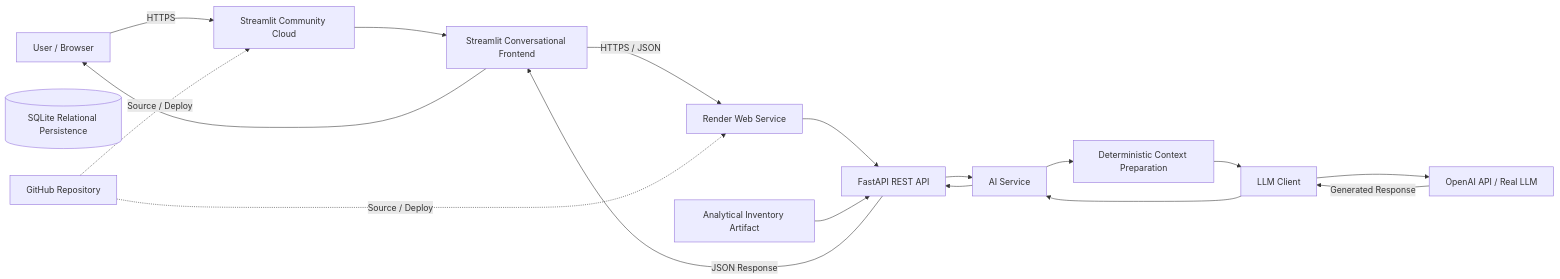
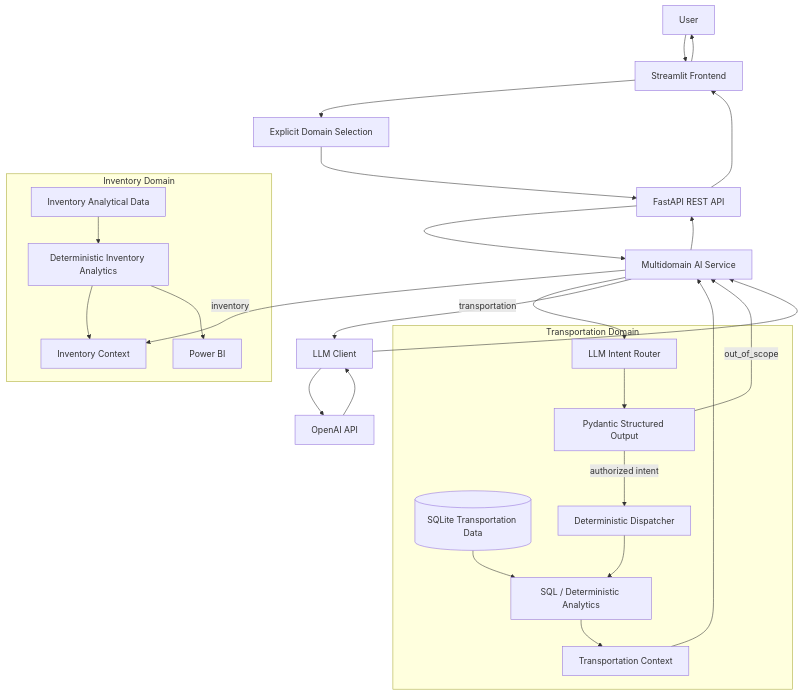
One commit to RodsSoares/ai-supply-chain-copilot changed the diagram in README.md. Above: the diagram before and after it, drawn with Mermaid. The commit also changed other lines of this file, not shown here.

````diff
--- a/README.md
+++ b/README.md
@@ -233,42 +189,54 @@
-```mermaid
-flowchart LR
-    U[User / Browser]
+``` mermaid
+flowchart TD
+    USER[User]
+    FE[Streamlit Frontend]
+    DOMAIN[Explicit Domain Selection]
+    API[FastAPI REST API]
+    SERVICE[Multidomain AI Service]
 
-    SC[Streamlit Community Cloud]
-    FE[Streamlit Conversational Frontend]
+    subgraph INVENTORY[Inventory Domain]
+        INVDATA[Inventory Analytical Data]
+        INVAN[Deterministic Inventory Analytics]
+        INVCTX[Inventory Context]
+        BI[Power BI]
+        INVDATA --> INVAN
+        INVAN --> INVCTX
+        INVAN --> BI
+    end
 
-    R[Render Web Service]
-    API[FastAPI REST API]
+    subgraph TRANSPORTATION[Transportation Domain]
+        TRDB[(SQLite Transportation Data)]
+        ROUTER[LLM Intent Router]
+        CONTRACT[Pydantic Structured Output]
+        DISP[Deterministic Dispatcher]
+        TRAN[SQL / Deterministic Analytics]
+        TRCTX[Transportation Context]
+        ROUTER --> CONTRACT
+        CONTRACT -->|authorized intent| DISP
+        DISP --> TRAN
+        TRDB --> TRAN
+        TRAN --> TRCTX
+    end
 
-    ANALYTICAL[Analytical Inventory Artifact]
-    DB[(SQLite Relational Persistence)]
-    AI[AI Service]
-    CTX[Deterministic Context Preparation]
-    LLM[LLM Client]
+    CLIENT[LLM Client]
+    OAI[OpenAI API]
 
-    OAI[OpenAI API / Real LLM]
+    USER --> FE
+    FE --> DOMAIN
+    DOMAIN --> API
+    API --> SERVICE
 
-    GH[GitHub Repository]
+    SERVICE -->|inventory| INVCTX
+    SERVICE -->|transportation| ROUTER
+    CONTRACT -->|out_of_scope| SERVICE
+    TRCTX --> SERVICE
 
-    U -->|HTTPS| SC
-    SC --> FE
+    SERVICE --> CLIENT
+    CLIENT --> OAI
+    OAI --> CLIENT
+    CLIENT --> SERVICE
 
-    FE -->|HTTPS / JSON| R
-    R --> API
-
-    ANALYTICAL --> API
-    API --> AI
-
-    AI --> CTX
-    CTX --> LLM
-    LLM --> OAI
-    OAI -->|Generated Response| LLM
-    LLM --> AI
-
-    AI --> API
-    API -->|JSON Response| FE
-    FE --> U
-
-    GH -. Source / Deploy .-> SC
-    GH -. Source / Deploy .-> R
+    SERVICE --> API
+    API --> FE
+    FE --> USER
 ```
````
